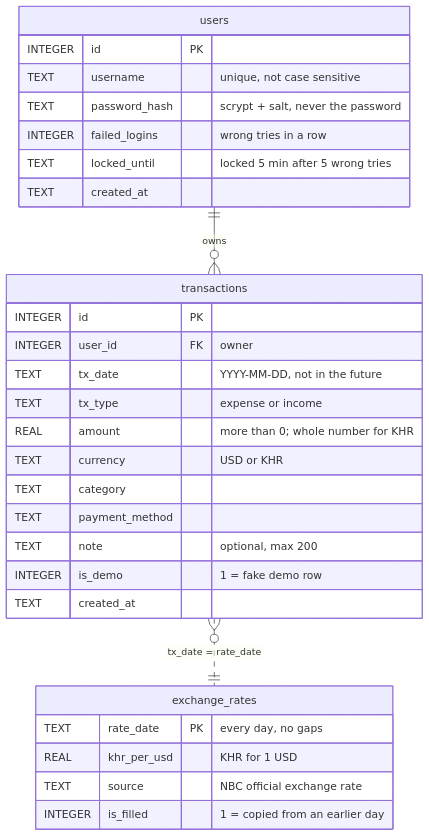
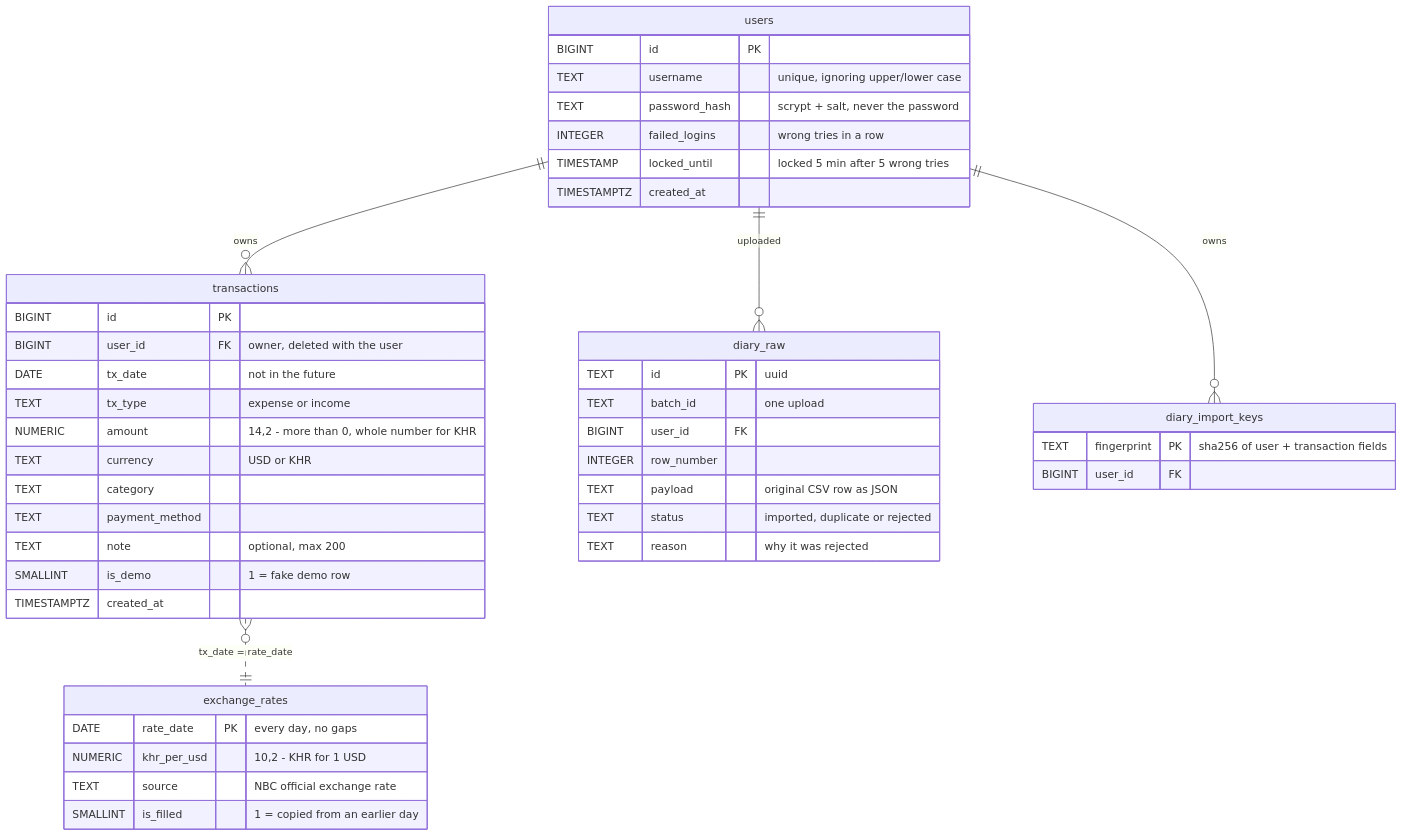
Before and after one commit to bornsothearith/SmartCash: the diagram in docs/erd.md, drawn with Mermaid. The commit also changed other lines of this file and 16 other files, not shown here.

Commit message:
SCG-35 hosted PostgreSQL: migrations, adapter, data copy script, tests, ERD

````diff
--- a/docs/erd.md
+++ b/docs/erd.md
@@ -6,33 +8,48 @@
 ```mermaid
 erDiagram
     users ||--o{ transactions : "owns"
+    users ||--o{ diary_raw : "uploaded"
+    users ||--o{ diary_import_keys : "owns"
     transactions }o..|| exchange_rates : "tx_date = rate_date"
 
     users {
-        INTEGER id PK
-        TEXT username "unique, not case sensitive"
+        BIGINT id PK
+        TEXT username "unique, ignoring upper/lower case"
         TEXT password_hash "scrypt + salt, never the password"
         INTEGER failed_logins "wrong tries in a row"
-        TEXT locked_until "locked 5 min after 5 wrong tries"
-        TEXT created_at
+        TIMESTAMP locked_until "locked 5 min after 5 wrong tries"
+        TIMESTAMPTZ created_at
     }
     transactions {
-        INTEGER id PK
-        INTEGER user_id FK "owner"
-        TEXT tx_date "YYYY-MM-DD, not in the future"
+        BIGINT id PK
+        BIGINT user_id FK "owner, deleted with the user"
+        DATE tx_date "not in the future"
         TEXT tx_type "expense or income"
-        REAL amount "more than 0; whole number for KHR"
+        NUMERIC amount "14,2 - more than 0, whole number for KHR"
         TEXT currency "USD or KHR"
         TEXT category
         TEXT payment_method
         TEXT note "optional, max 200"
-        INTEGER is_demo "1 = fake demo row"
-        TEXT created_at
+        SMALLINT is_demo "1 = fake demo row"
+        TIMESTAMPTZ created_at
     }
     exchange_rates {
-        TEXT rate_date PK "every day, no gaps"
-        REAL khr_per_usd "KHR for 1 USD"
+        DATE rate_date PK "every day, no gaps"
+        NUMERIC khr_per_usd "10,2 - KHR for 1 USD"
         TEXT source "NBC official exchange rate"
-        INTEGER is_filled "1 = copied from an earlier day"
+        SMALLINT is_filled "1 = copied from an earlier day"
+    }
+    diary_raw {
+        TEXT id PK "uuid"
+        TEXT batch_id "one upload"
+        BIGINT user_id FK
+        INTEGER row_number
+        TEXT payload "original CSV row as JSON"
+        TEXT status "imported, duplicate or rejected"
+        TEXT reason "why it was rejected"
+    }
+    diary_import_keys {
+        TEXT fingerprint PK "sha256 of user + transaction fields"
+        BIGINT user_id FK
     }
 ```
````
